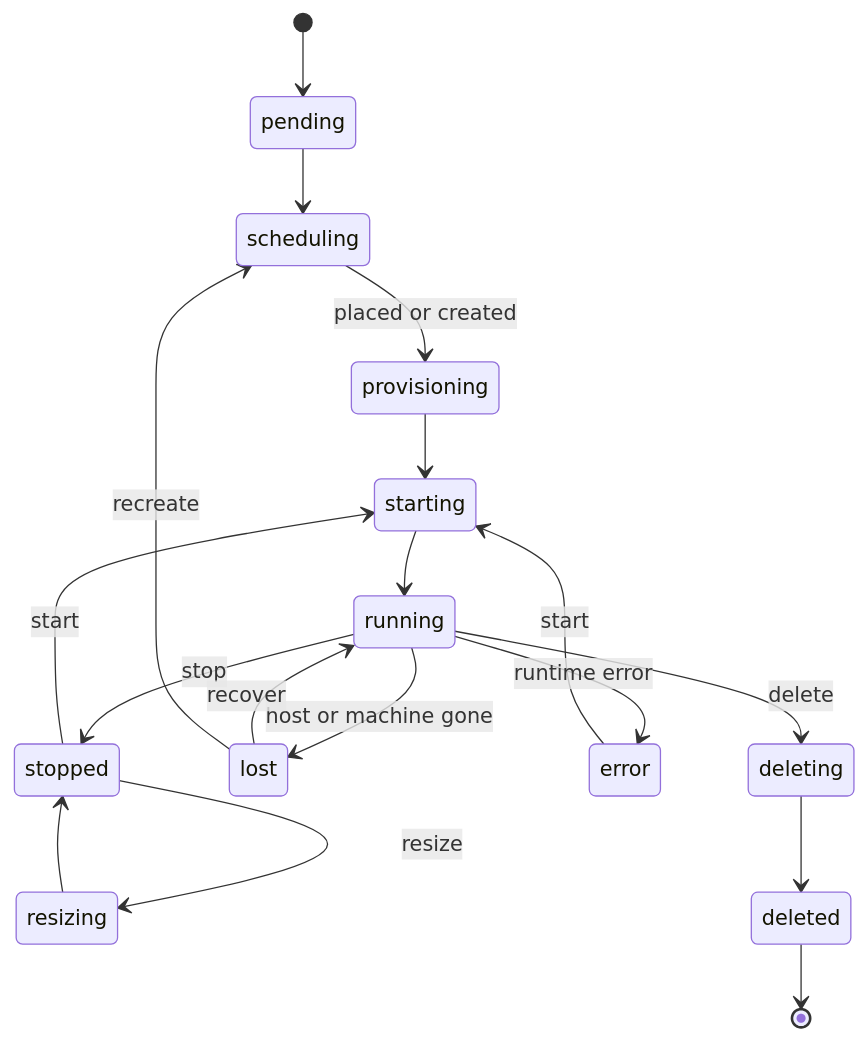
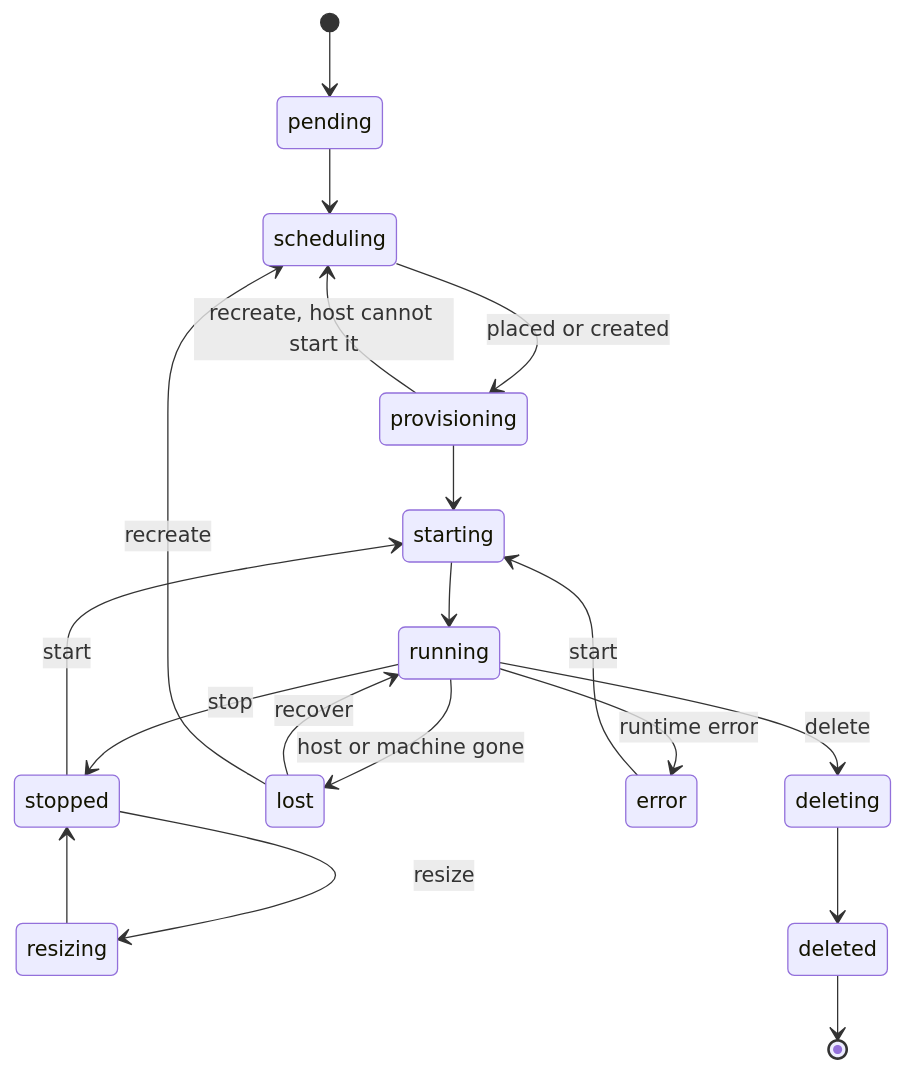
One commit to Better-Compute/better-compute changed the diagram in apps/docs/content/docs/guides/vps/index.mdx. Above: the diagram before and after it, drawn with Mermaid. The commit also changed other lines of this file and 15 other files, not shown here.

First line of the commit message:
docs: TPM-certified renewals, recovering a node whose TPM changed, re-placing instances a host cannot start (cycle 24)

````diff
--- a/apps/docs/content/docs/guides/vps/index.mdx
+++ b/apps/docs/content/docs/guides/vps/index.mdx
@@ -188,20 +188,21 @@
 ```mermaid
 stateDiagram-v2
   [*] --> pending
   pending --> scheduling
   scheduling --> provisioning: placed or created
   provisioning --> starting
+  provisioning --> scheduling: recreate, host cannot start it
   starting --> running
   running --> stopped: stop
   stopped --> starting: start
   stopped --> resizing: resize
   resizing --> stopped
   running --> lost: host or machine gone
   lost --> running: recover
   lost --> scheduling: recreate
   running --> error: runtime error
   error --> starting: start
   running --> deleting: delete
   deleting --> deleted
   deleted --> [*]
 ```
````
